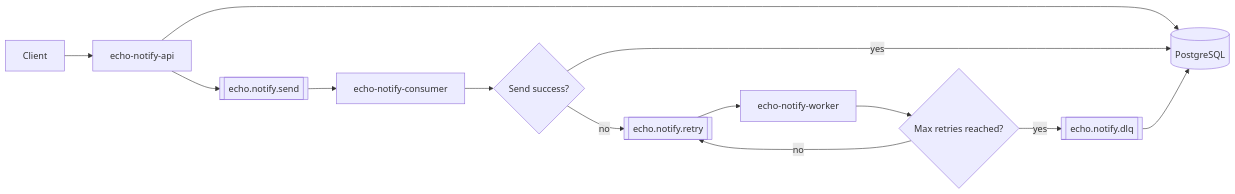
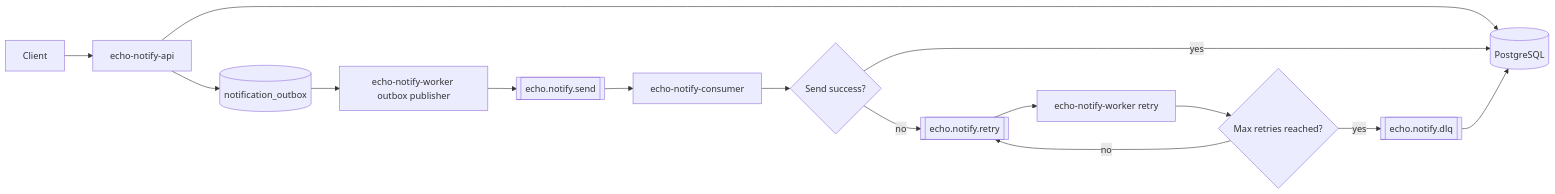
Before and after one commit to Hardtalinne/echo-notify: the diagram in docs-public/event-flow.md, drawn with Mermaid. The commit also changed other lines of this file and 5 other files, not shown here.

````diff
--- a/docs-public/event-flow.md
+++ b/docs-public/event-flow.md
@@ -12,15 +12,17 @@
 ```mermaid
 flowchart LR
   A[Client] --> B[echo-notify-api]
   B --> C[(PostgreSQL)]
-  B --> D[[echo.notify.send]]
+  B --> O[(notification_outbox)]
+  O --> H[echo-notify-worker outbox publisher]
+  H --> D[[echo.notify.send]]
   D --> E[echo-notify-consumer]
   E --> F{Send success?}
   F -->|yes| C
   F -->|no| G[[echo.notify.retry]]
-  G --> H[echo-notify-worker]
-  H --> I{Max retries reached?}
+  G --> W[echo-notify-worker retry]
+  W --> I{Max retries reached?}
   I -->|no| G
   I -->|yes| J[[echo.notify.dlq]]
   J --> C
 ```
````
